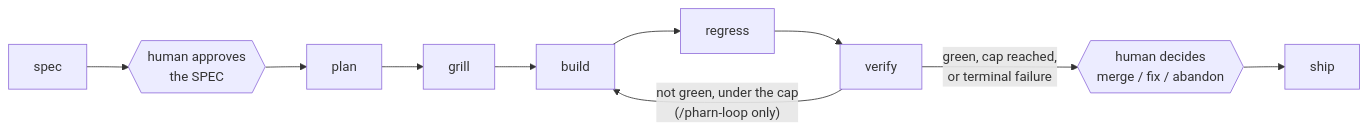
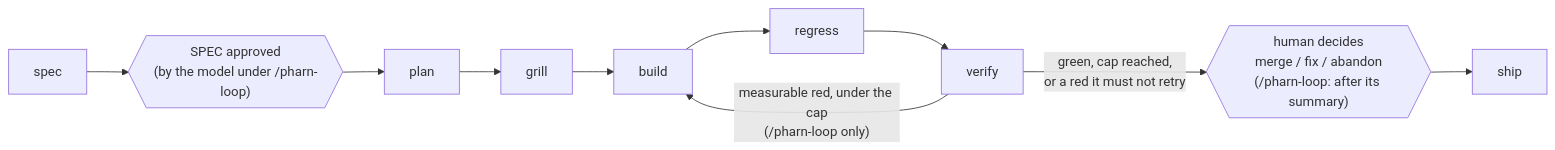
Before and after one commit to pharn-dev/pharn-oss: the second of 2 diagrams in README.md, drawn with Mermaid. The commit also changed other lines of this file and 20 other files, not shown here.

````diff
--- a/README.md
+++ b/README.md
@@ -335,8 +339,8 @@
 ```mermaid
 flowchart LR
-    S["spec"] --> G1{{"human approves<br/>the SPEC"}}
+    S["spec"] --> G1{{"SPEC approved<br/>(by the model under /pharn-loop)"}}
     G1 --> P["plan"] --> GR["grill"] --> B["build"] --> R["regress"] --> V["verify"]
-    V -- "not green, under the cap<br/>(/pharn-loop only)" --> B
-    V -- "green, cap reached,<br/>or terminal failure" --> G2{{"human decides<br/>merge / fix / abandon"}}
+    V -- "measurable red, under the cap<br/>(/pharn-loop only)" --> B
+    V -- "green, cap reached,<br/>or a red it must not retry" --> G2{{"human decides<br/>merge / fix / abandon<br/>(/pharn-loop: after its summary)"}}
     G2 --> SH["ship"]
 ```
````
